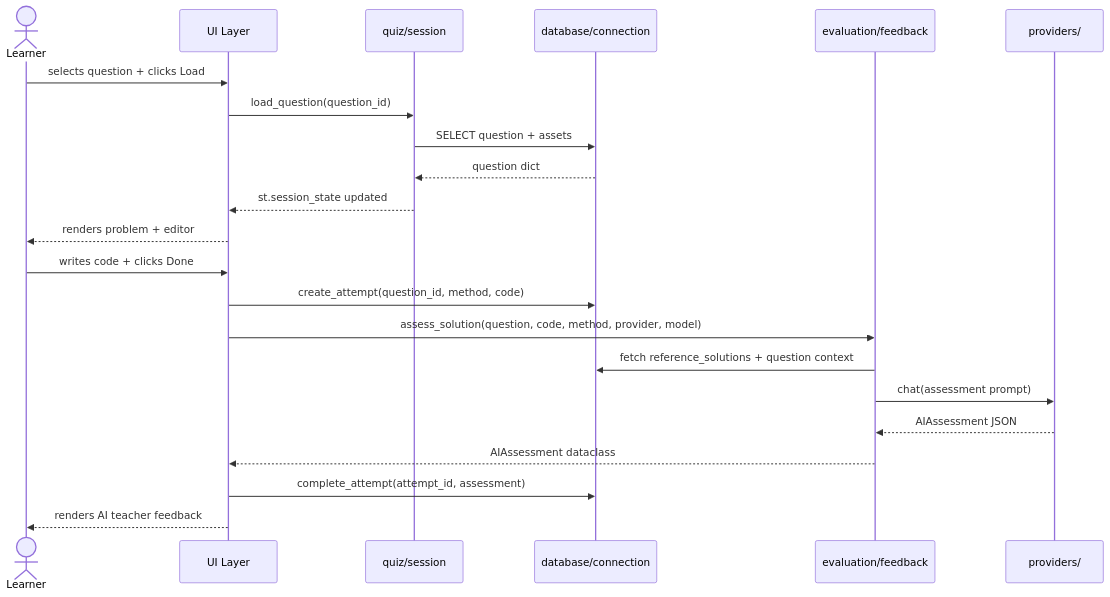
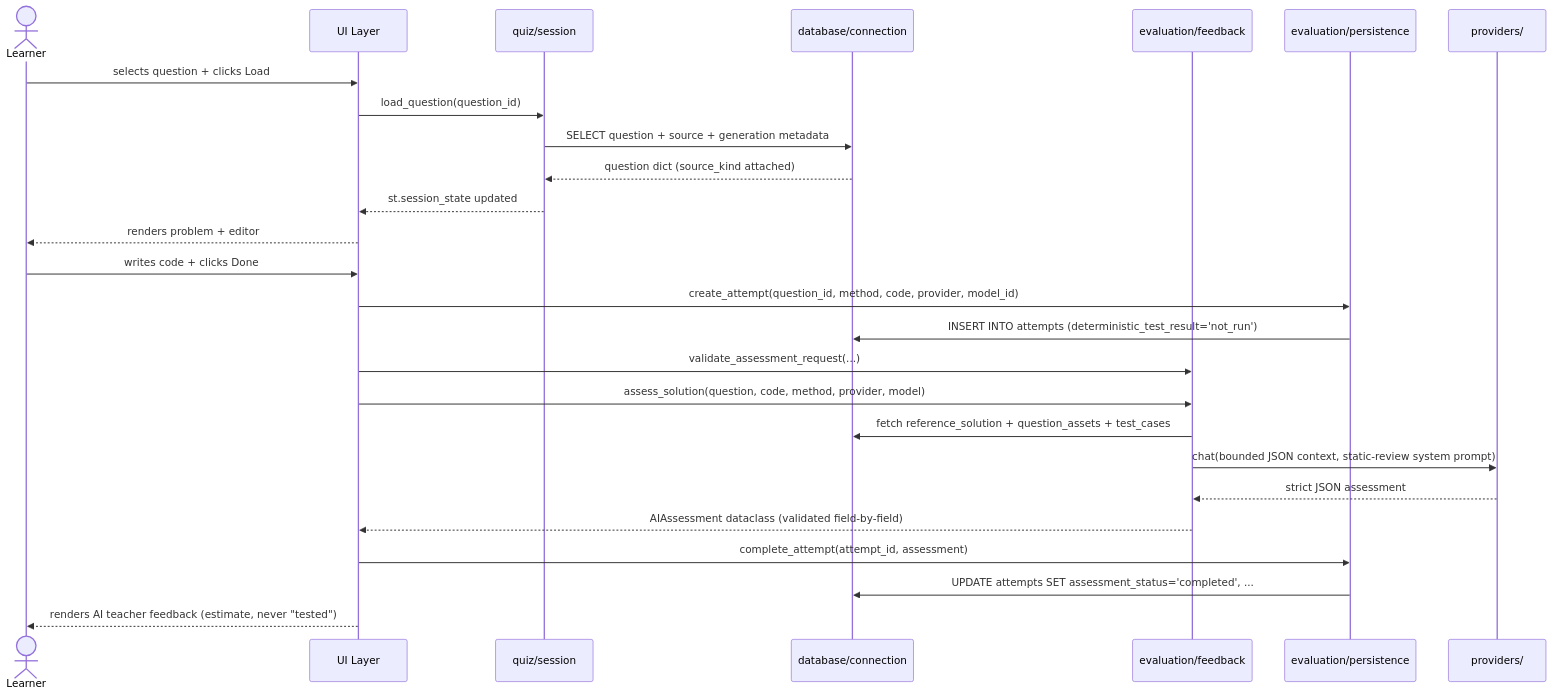
The second of 6 diagrams in Project_Architecture_Blueprint.md (pypi-ahmad/Coding-Tutor), drawn with Mermaid before and after one commit. The commit also changed other lines of this file and 3 other files, not shown here.

````diff
--- a/Project_Architecture_Blueprint.md
+++ b/Project_Architecture_Blueprint.md
@@ -116,26 +126,30 @@
 ```mermaid
 sequenceDiagram
     actor Learner
     participant UI as UI Layer
     participant Session as quiz/session
     participant DB as database/connection
     participant Feedback as evaluation/feedback
+    participant Persist as evaluation/persistence
     participant Provider as providers/
 
     Learner->>UI: selects question + clicks Load
     UI->>Session: load_question(question_id)
-    Session->>DB: SELECT question + assets
-    DB-->>Session: question dict
+    Session->>DB: SELECT question + source + generation metadata
+    DB-->>Session: question dict (source_kind attached)
     Session-->>UI: st.session_state updated
     UI-->>Learner: renders problem + editor
 
     Learner->>UI: writes code + clicks Done
-    UI->>DB: create_attempt(question_id, method, code)
+    UI->>Persist: create_attempt(question_id, method, code, provider, model_id)
+    Persist->>DB: INSERT INTO attempts (deterministic_test_result='not_run')
+    UI->>Feedback: validate_assessment_request(...)
     UI->>Feedback: assess_solution(question, code, method, provider, model)
-    Feedback->>DB: fetch reference_solutions + question context
-    Feedback->>Provider: chat(assessment prompt)
-    Provider-->>Feedback: AIAssessment JSON
-    Feedback-->>UI: AIAssessment dataclass
-    UI->>DB: complete_attempt(attempt_id, assessment)
-    UI-->>Learner: renders AI teacher feedback
+    Feedback->>DB: fetch reference_solution + question_assets + test_cases
+    Feedback->>Provider: chat(bounded JSON context, static-review system prompt)
+    Provider-->>Feedback: strict JSON assessment
+    Feedback-->>UI: AIAssessment dataclass (validated field-by-field)
+    UI->>Persist: complete_attempt(attempt_id, assessment)
+    Persist->>DB: UPDATE attempts SET assessment_status='completed', ...
+    UI-->>Learner: renders AI teacher feedback (estimate, never "tested")
 ```
````
